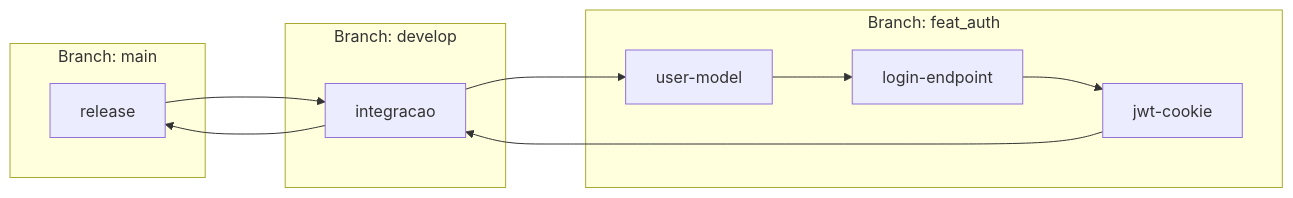
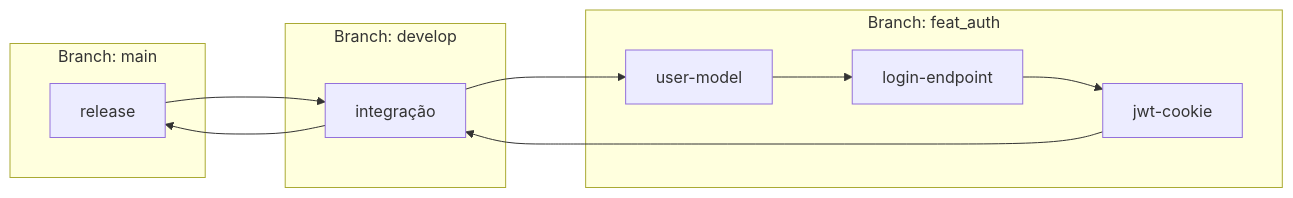
The third of 3 diagrams in docs/planejamento/cronograma.md (pedrohpsantos/EdTech), drawn with Mermaid before and after one commit. The commit also changed other lines of this file and 21 other files, not shown here.

Commit message:
docs: scaffold project documentation, architecture design, and CI/CD infrastructure.

````diff
--- a/docs/planejamento/cronograma.md
+++ b/docs/planejamento/cronograma.md
@@ -65,20 +65,20 @@
 ```mermaid
 %%{init: {"flowchart": {"nodeSpacing": 60, "rankSpacing": 80}}}%%
 flowchart LR
     subgraph Main["Branch: main"]
         M1["release"]
     end
     subgraph Develop["Branch: develop"]
-        D1["integracao"]
+        D1["integração"]
     end
     subgraph FeatAuth["Branch: feat_auth"]
         F1["user-model"]
         F2["login-endpoint"]
         F3["jwt-cookie"]
     end
 
     M1 --> D1
     D1 --> F1 --> F2 --> F3
     F3 --> D1
     D1 --> M1
 ```
````
